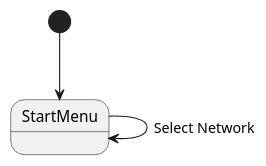
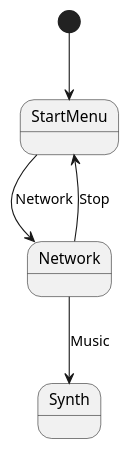
One commit to aortez/dirtsim changed the second of 2 diagrams in apps/src/ui/docs/src/screens/network.md. Above: the diagram before and after it, drawn with PlantUML. The commit also changed other lines of this file and 5 other files, not shown here.

````diff
--- a/apps/src/ui/docs/src/screens/network.md
+++ b/apps/src/ui/docs/src/screens/network.md
@@ -40,7 +48,9 @@
 ```plantuml
 @startuml
 [*] --> StartMenu
 
-StartMenu --> StartMenu : Select Network
+StartMenu --> Network : Network
+Network --> StartMenu : Stop
+Network --> Synth : Music
 @enduml
 ```
````
